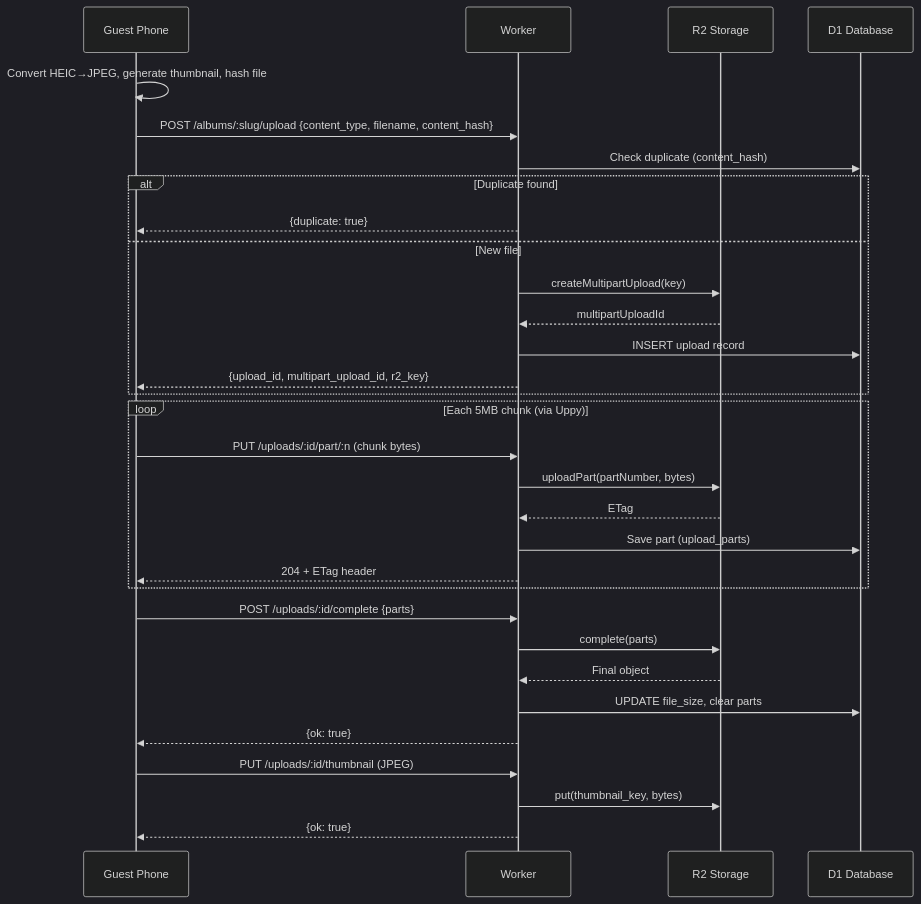
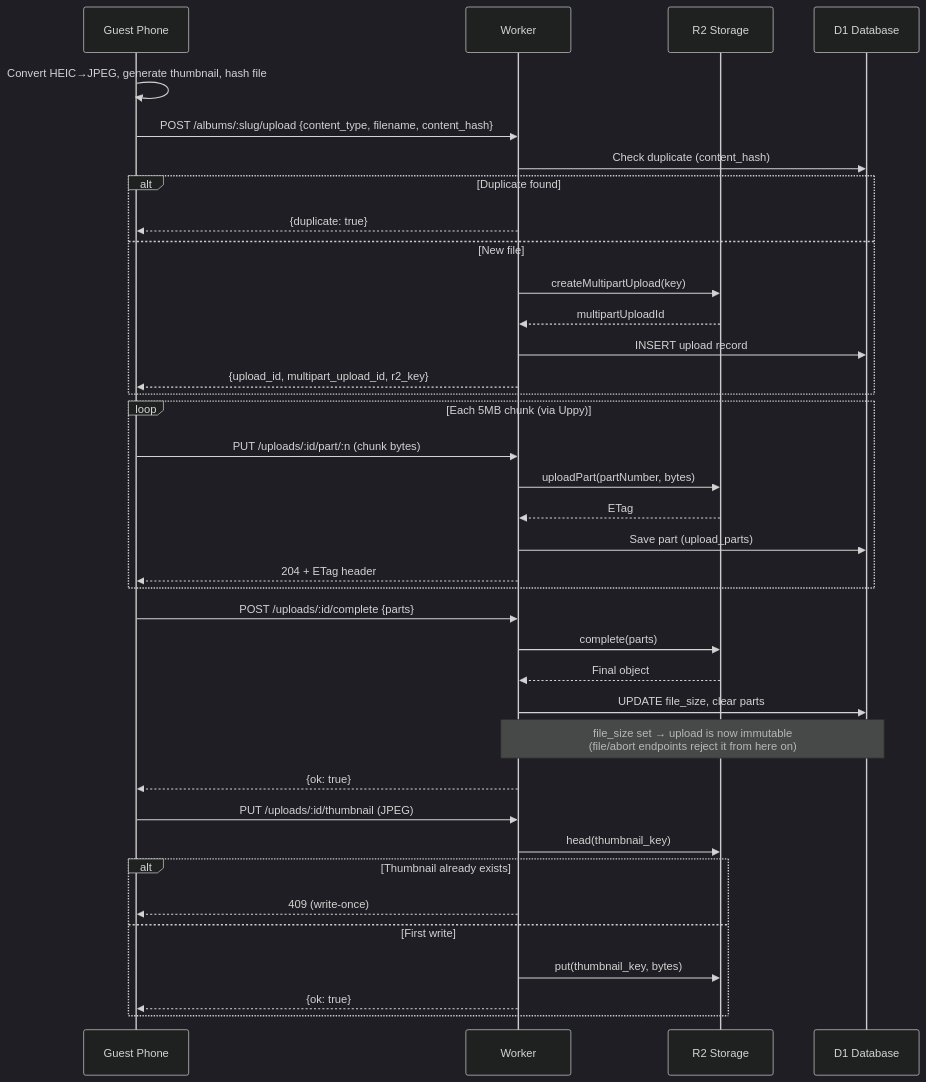
One commit to ctf2009/daisy changed the first of 6 diagrams in docs/sequence-diagrams.md. Above: the diagram before and after it, drawn with Mermaid (dark theme). The commit also changed other lines of this file, not shown here.

Commit message:
Document completed-upload immutability in sequence diagrams

````diff
--- a/docs/sequence-diagrams.md
+++ b/docs/sequence-diagrams.md
@@ -5,37 +5,43 @@
 ```mermaid
 sequenceDiagram
     participant G as Guest Phone
     participant W as Worker
     participant R2 as R2 Storage
     participant D1 as D1 Database
 
     G->>G: Convert HEIC→JPEG, generate thumbnail, hash file
     G->>W: POST /albums/:slug/upload {content_type, filename, content_hash}
     W->>D1: Check duplicate (content_hash)
     alt Duplicate found
         W-->>G: {duplicate: true}
     else New file
         W->>R2: createMultipartUpload(key)
         R2-->>W: multipartUploadId
         W->>D1: INSERT upload record
         W-->>G: {upload_id, multipart_upload_id, r2_key}
     end
 
     loop Each 5MB chunk (via Uppy)
         G->>W: PUT /uploads/:id/part/:n (chunk bytes)
         W->>R2: uploadPart(partNumber, bytes)
         R2-->>W: ETag
         W->>D1: Save part (upload_parts)
         W-->>G: 204 + ETag header
     end
 
     G->>W: POST /uploads/:id/complete {parts}
     W->>R2: complete(parts)
     R2-->>W: Final object
     W->>D1: UPDATE file_size, clear parts
+    Note over W,D1: file_size set → upload is now immutable<br/>(file/abort endpoints reject it from here on)
     W-->>G: {ok: true}
 
     G->>W: PUT /uploads/:id/thumbnail (JPEG)
-    W->>R2: put(thumbnail_key, bytes)
-    W-->>G: {ok: true}
+    W->>R2: head(thumbnail_key)
+    alt Thumbnail already exists
+        W-->>G: 409 (write-once)
+    else First write
+        W->>R2: put(thumbnail_key, bytes)
+        W-->>G: {ok: true}
+    end
 ```
````
